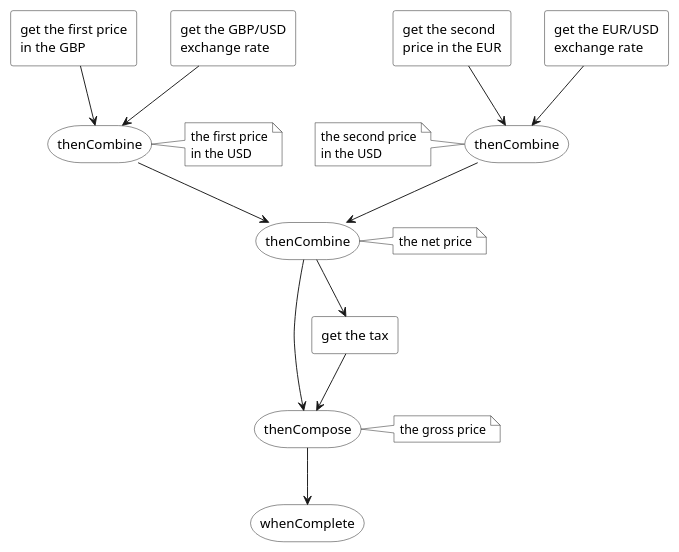
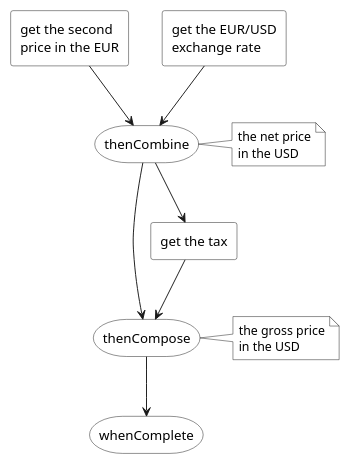
One commit to ti-cortex-m4/demo-java-completablefuture changed the diagram in images/CompletableFuture API example.puml. Above: the diagram before and after it, drawn with PlantUML. The commit also changed 1 other file, not shown here.

```diff
--- a/images/CompletableFuture API example.puml
+++ b/images/CompletableFuture API example.puml
@@ -1,48 +1,31 @@
 @startuml
 
 scale 0.95
 skinparam monochrome true
 skinparam RectangleBackgroundColor white
 skinparam StorageBackgroundColor white
 skinparam NoteBackgroundColor white
 
 rectangle "get the second\nprice in the EUR" as step4
 rectangle "get the EUR/USD\nexchange rate" as step5
-storage  "thenCombine" as step6
-note left of step6: the second price\nin the USD
-
-rectangle "get the first price\nin the GBP" as step1
-rectangle "get the GBP/USD\nexchange rate" as step2
-storage  "thenCombine" as step3
-note right of step3: the first price\nin the USD
 
 storage  "thenCombine" as step7
-note right of step7: the net price
+note right of step7: the net price\nin the USD
 
 rectangle "get the tax" as step7b
 
 storage  "thenCompose" as step8
-note right of step8: the gross price
+note right of step8: the gross price\nin the USD
 
 storage  "whenComplete" as step9
 
-step1 --> step3
-step2 --> step3
-
-step4 --> step6
-step5 --> step6
-
-step3 --> step7
-step6 --> step7
+step4 --> step7
+step5 --> step7
 
 step7 --> step7b
 step7 --> step8
 step7b --> step8
 
 step8 --> step9
-'step3 -[dashed]-> step9
-'step6 -[dashed]-> step9
-'step7 -[dashed]-> step9
-'step8 -[dashed]-> step9
 
 @enduml
```
